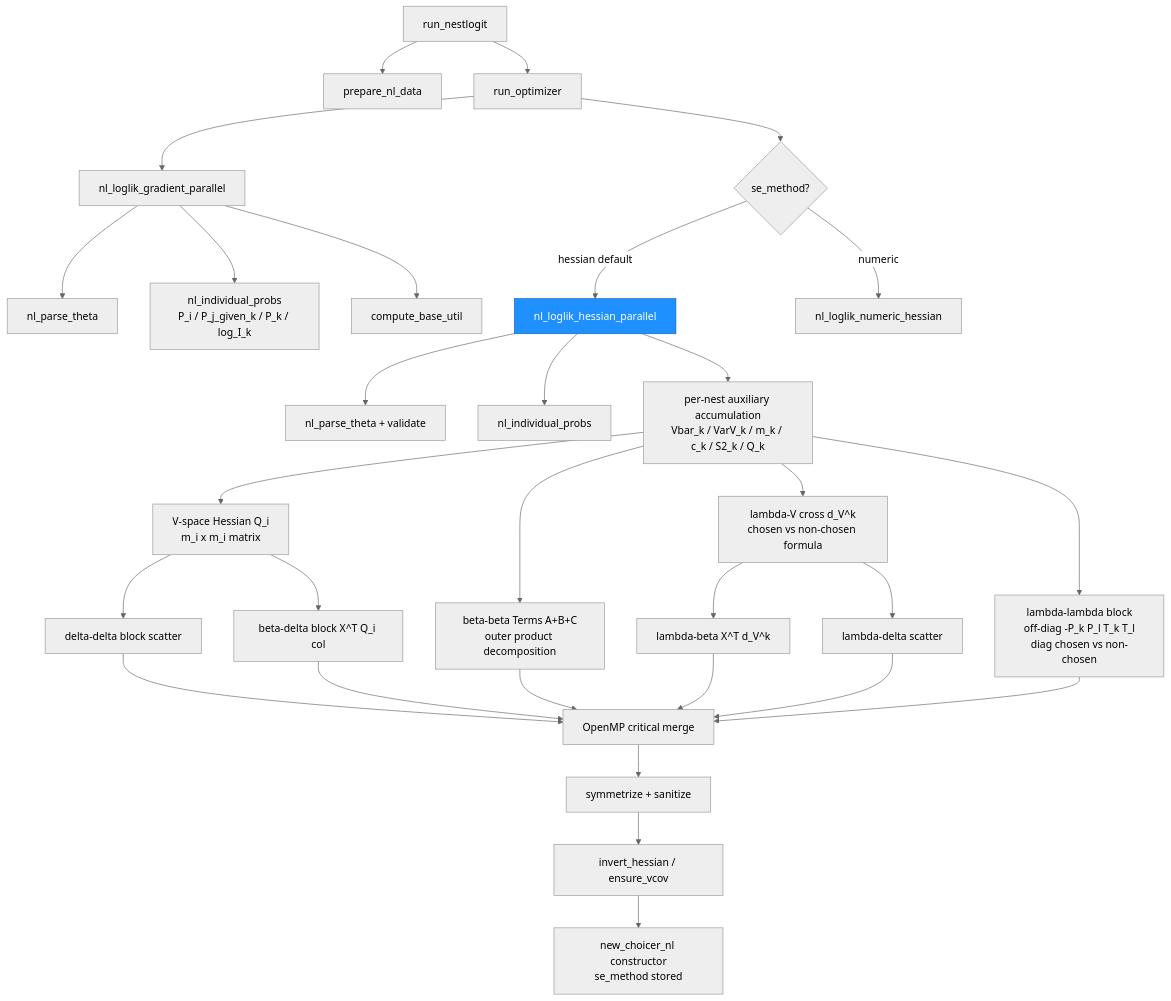
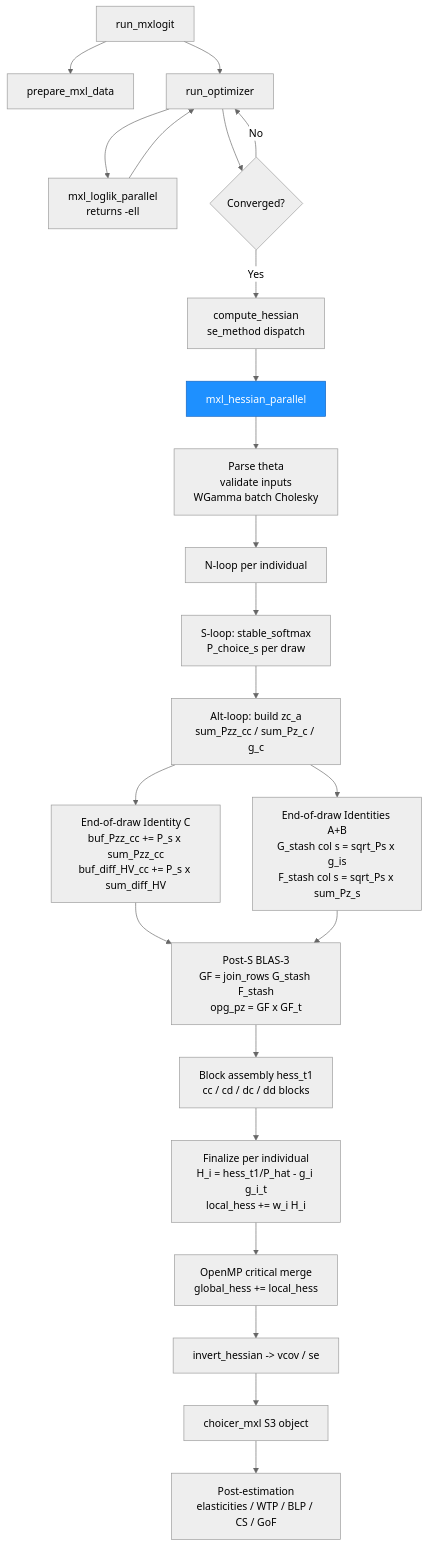
The second of 3 diagrams in ARCHITECTURE.md (fpcordeiro/choicer), drawn with Mermaid before and after one commit. The commit also changed other lines of this file and 1 other file, not shown here.

First line of the commit message:
docs(mxl): add §4.4 implementation tricks for O3 BLAS-3 hessian restructure

````diff
--- a/ARCHITECTURE.md
+++ b/ARCHITECTURE.md
@@ -123,34 +122,27 @@
 ```mermaid
 %%{init: {'theme': 'neutral'}}%%
 graph TD
-    A[run_nestlogit] --> B[prepare_nl_data]
+    A[run_mxlogit] --> B[prepare_mxl_data]
     A --> C[run_optimizer]
-    C --> D[nl_loglik_gradient_parallel]
-    D --> D1[nl_parse_theta]
-    D --> D2[nl_individual_probs<br/>P_i / P_j_given_k / P_k / log_I_k]
-    D --> D3[compute_base_util]
-    C --> E{se_method?}
-    E -- hessian default --> F[nl_loglik_hessian_parallel]
-    E -- numeric --> G[nl_loglik_numeric_hessian]
+    C --> D[mxl_loglik_parallel<br/>returns -ell]
+    D --> C
+    C --> CONV{Converged?}
+    CONV -- No --> C
+    CONV -- Yes --> E[compute_hessian<br/>se_method dispatch]
+    E --> F[mxl_hessian_parallel]
     style F fill:#1e90ff,stroke:#1565c0,color:#fff
-    F --> F1[nl_parse_theta + validate]
-    F --> F2[nl_individual_probs]
-    F --> F3[per-nest auxiliary accumulation<br/>Vbar_k / VarV_k / m_k / c_k / S2_k / Q_k]
-    F3 --> F4[V-space Hessian Q_i<br/>m_i x m_i matrix]
-    F4 --> F5[delta-delta block scatter]
-    F4 --> F6[beta-delta block X^T Q_i col]
-    F3 --> F7[beta-beta Terms A+B+C<br/>outer product decomposition]
-    F3 --> F8[lambda-V cross d_V^k<br/>chosen vs non-chosen formula]
-    F8 --> F9[lambda-beta X^T d_V^k]
-    F8 --> F10[lambda-delta scatter]
-    F3 --> F11[lambda-lambda block<br/>off-diag -P_k P_l T_k T_l<br/>diag chosen vs non-chosen]
-    F5 --> F12[OpenMP critical merge]
-    F6 --> F12
-    F7 --> F12
-    F9 --> F12
-    F10 --> F12
-    F11 --> F12
-    F12 --> F13[symmetrize + sanitize]
-    F13 --> H[invert_hessian / ensure_vcov]
-    H --> I[new_choicer_nl constructor<br/>se_method stored]
+    F --> F0[Parse theta<br/>validate inputs<br/>WGamma batch Cholesky]
+    F0 --> F1[N-loop per individual]
+    F1 --> F2[S-loop: stable_softmax<br/>P_choice_s per draw]
+    F2 --> F3[Alt-loop: build zc_a<br/>sum_Pzz_cc / sum_Pz_c / g_c]
+    F3 --> F4[End-of-draw Identity C<br/>buf_Pzz_cc += P_s x sum_Pzz_cc<br/>buf_diff_HV_cc += P_s x sum_diff_HV]
+    F3 --> F5[End-of-draw Identities A+B<br/>G_stash col s = sqrt_Ps x g_is<br/>F_stash col s = sqrt_Ps x sum_Pz_s]
+    F4 --> F6[Post-S BLAS-3<br/>GF = join_rows G_stash F_stash<br/>opg_pz = GF x GF_t]
+    F5 --> F6
+    F6 --> F7[Block assembly hess_t1<br/>cc / cd / dc / dd blocks]
+    F7 --> F8[Finalize per individual<br/>H_i = hess_t1/P_hat - g_i g_i_t<br/>local_hess += w_i H_i]
+    F8 --> F9[OpenMP critical merge<br/>global_hess += local_hess]
+    F9 --> G[invert_hessian -> vcov / se]
+    G --> H[choicer_mxl S3 object]
+    H --> POST[Post-estimation<br/>elasticities / WTP / BLP / CS / GoF]
 ```
````
